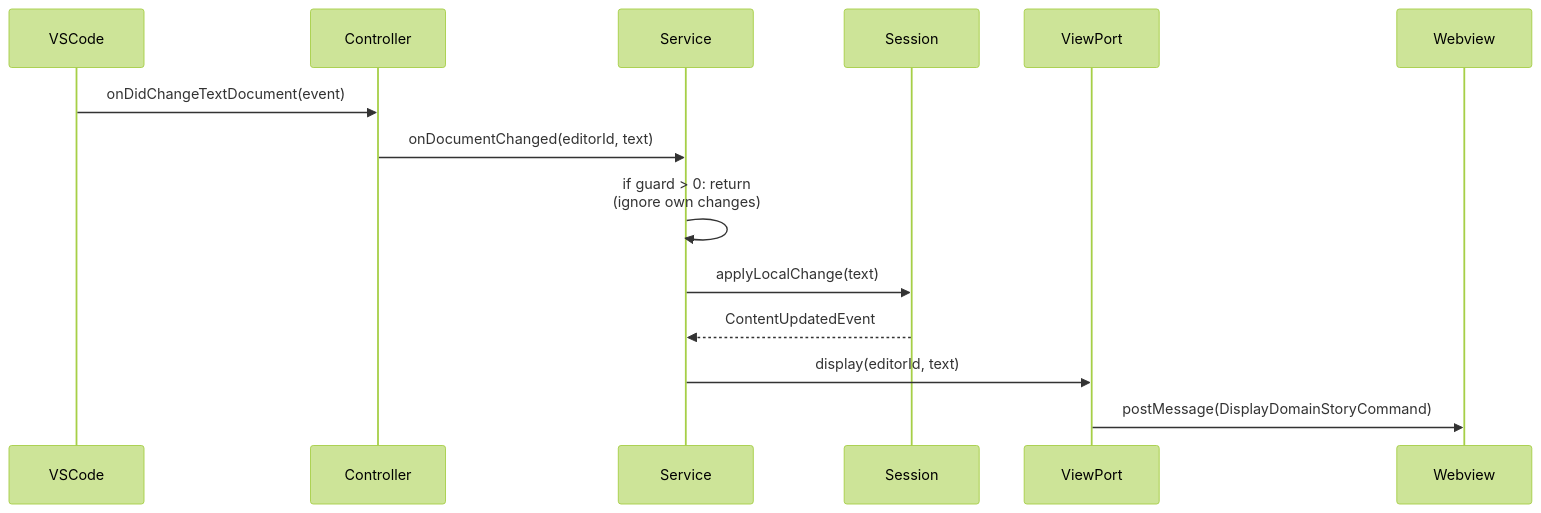
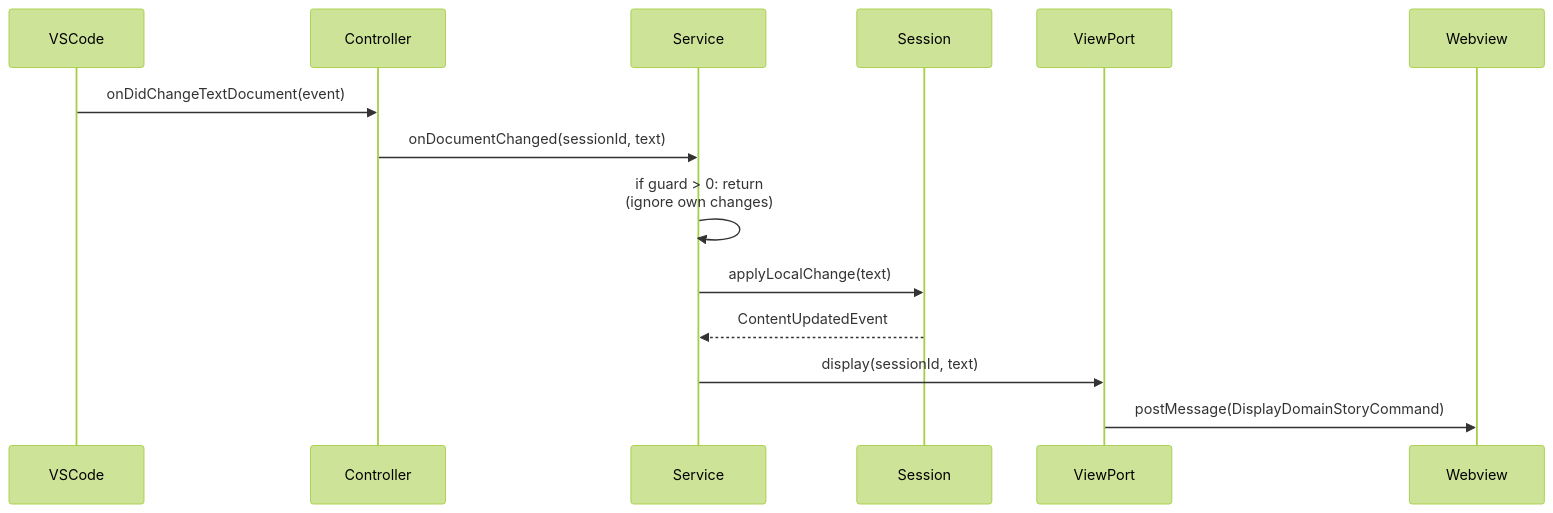
The third of 5 diagrams in monorepo/egon/libs/vscode/domain-story/ARCHITECTURE.md (Miragon/egon.io), drawn with Mermaid (forest theme) before and after one commit. The commit also changed other lines of this file and 13 other files, not shown here.

Commit message:
feat: use session ids to allow multiple sessions for the same document

````diff
--- a/monorepo/egon/libs/vscode/domain-story/ARCHITECTURE.md
+++ b/monorepo/egon/libs/vscode/domain-story/ARCHITECTURE.md
@@ -197,20 +201,16 @@
 ```mermaid
 sequenceDiagram
     participant VSCode
     participant Controller
     participant Service
     participant Session
     participant ViewPort
     participant Webview
-
-    VSCode->>Controller: onDidChangeTextDocument(event)
-    Controller->>Service: onDocumentChanged(editorId, text)
-    
-    Service->>Service: if guard > 0: return<br/>(ignore own changes)
-    
-    Service->>Session: applyLocalChange(text)
-    Session-->>Service: ContentUpdatedEvent
-    
-    Service->>ViewPort: display(editorId, text)
-    ViewPort->>Webview: postMessage(DisplayDomainStoryCommand)
+    VSCode ->> Controller: onDidChangeTextDocument(event)
+    Controller ->> Service: onDocumentChanged(sessionId, text)
+    Service ->> Service: if guard > 0: return<br/>(ignore own changes)
+    Service ->> Session: applyLocalChange(text)
+    Session -->> Service: ContentUpdatedEvent
+    Service ->> ViewPort: display(sessionId, text)
+    ViewPort ->> Webview: postMessage(DisplayDomainStoryCommand)
 ```
````
